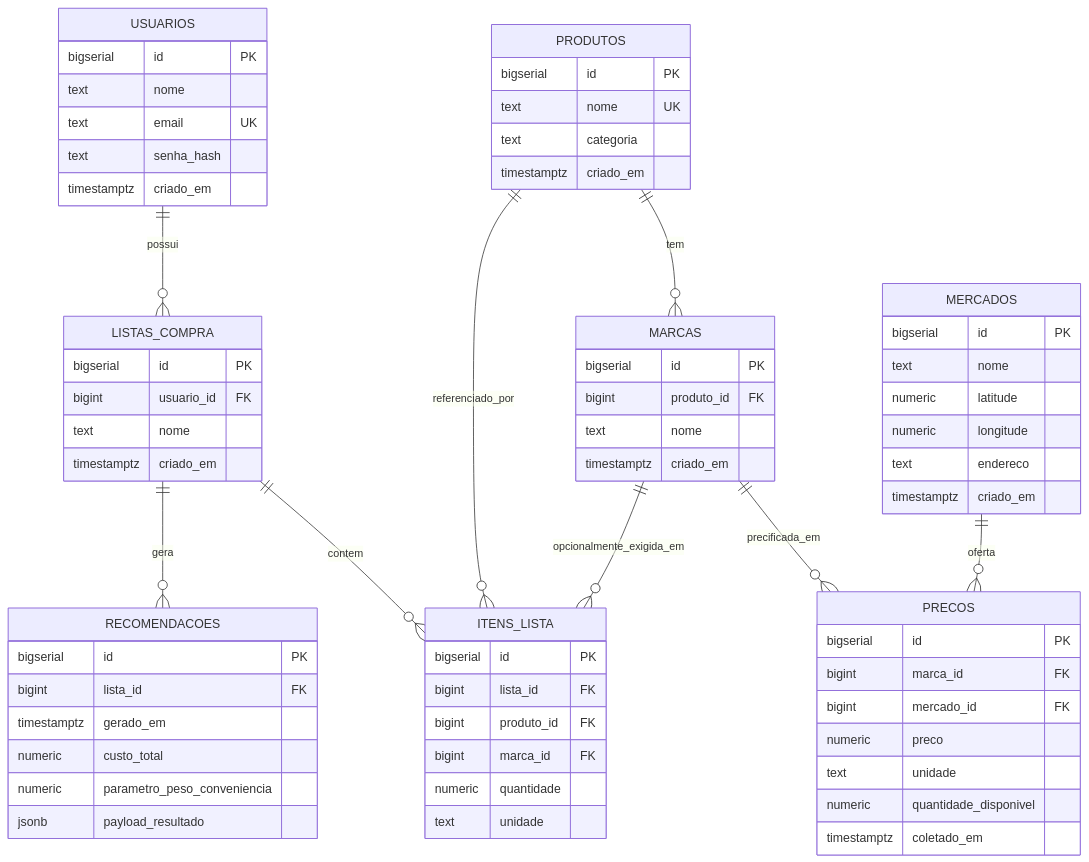
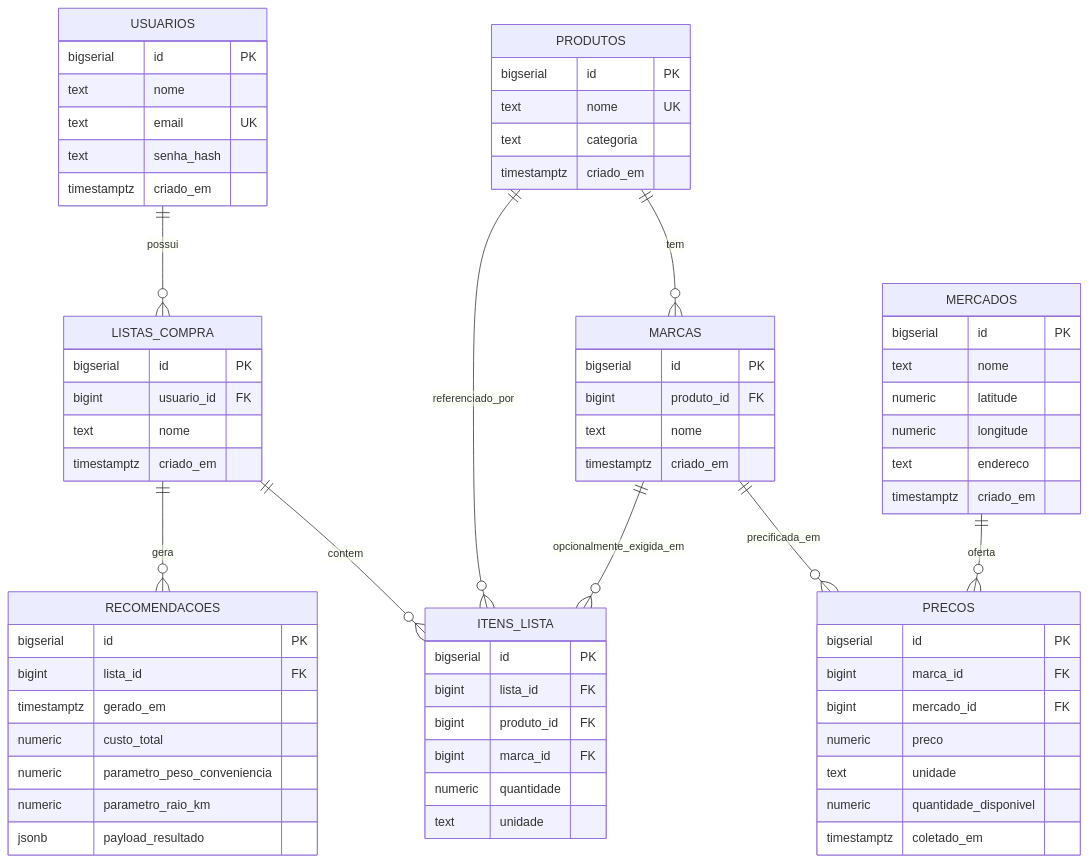
One commit to chroanz/sad-tcc changed the first of 2 diagrams in docs/modelo-de-dados.md. Above: the diagram before and after it, drawn with Mermaid. The commit also changed other lines of this file and 22 other files, not shown here.

````diff
--- a/docs/modelo-de-dados.md
+++ b/docs/modelo-de-dados.md
@@ -15,77 +15,78 @@
 ```mermaid
 erDiagram
     USUARIOS ||--o{ LISTAS_COMPRA : "possui"
     LISTAS_COMPRA ||--o{ ITENS_LISTA : "contem"
     LISTAS_COMPRA ||--o{ RECOMENDACOES : "gera"
     PRODUTOS ||--o{ MARCAS : "tem"
     PRODUTOS ||--o{ ITENS_LISTA : "referenciado_por"
     MARCAS ||--o{ ITENS_LISTA : "opcionalmente_exigida_em"
     MARCAS ||--o{ PRECOS : "precificada_em"
     MERCADOS ||--o{ PRECOS : "oferta"
 
     USUARIOS {
         bigserial id PK
         text nome
         text email UK
         text senha_hash
         timestamptz criado_em
     }
 
     PRODUTOS {
         bigserial id PK
         text nome UK
         text categoria
         timestamptz criado_em
     }
 
     MARCAS {
         bigserial id PK
         bigint produto_id FK
         text nome
         timestamptz criado_em
     }
 
     MERCADOS {
         bigserial id PK
         text nome
         numeric latitude
         numeric longitude
         text endereco
         timestamptz criado_em
     }
 
     PRECOS {
         bigserial id PK
         bigint marca_id FK
         bigint mercado_id FK
         numeric preco
         text unidade
         numeric quantidade_disponivel
         timestamptz coletado_em
     }
 
     LISTAS_COMPRA {
         bigserial id PK
         bigint usuario_id FK
         text nome
         timestamptz criado_em
     }
 
     ITENS_LISTA {
         bigserial id PK
         bigint lista_id FK
         bigint produto_id FK
         bigint marca_id FK
         numeric quantidade
         text unidade
     }
 
     RECOMENDACOES {
         bigserial id PK
         bigint lista_id FK
         timestamptz gerado_em
         numeric custo_total
         numeric parametro_peso_conveniencia
+        numeric parametro_raio_km
         jsonb payload_resultado
     }
 ```
````
